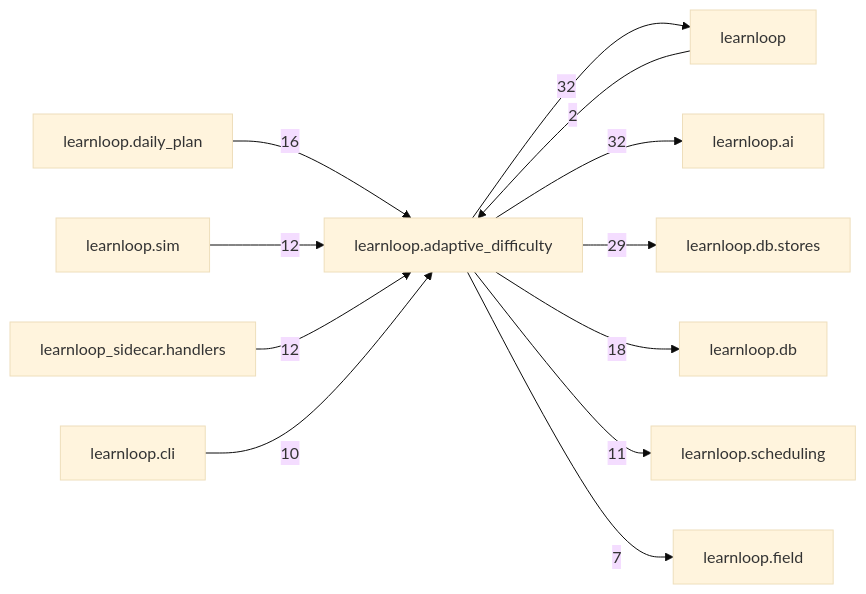
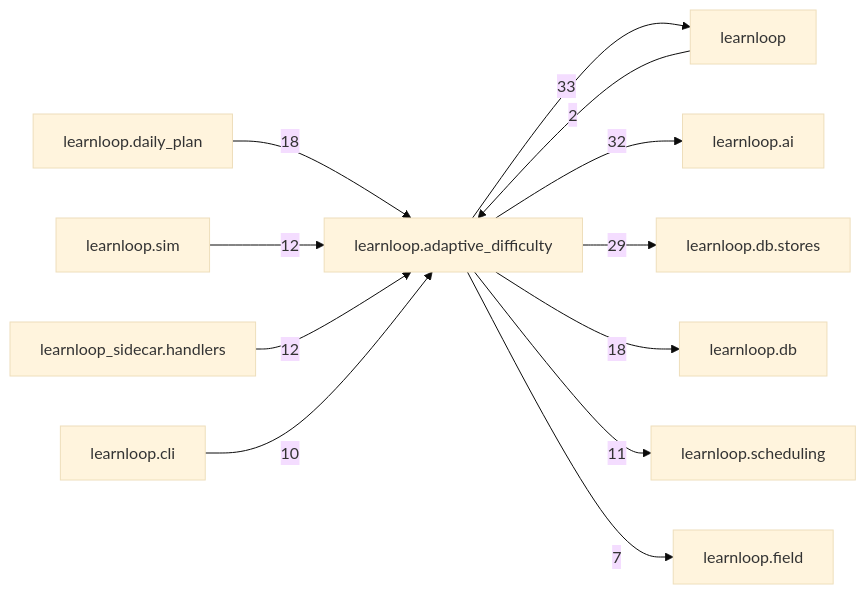
Before and after one commit to 6up-b/learnanything: the diagram in docs/learnloop-architecture-vault/Reference/Modules/learnloop/adaptive_difficulty/_package.md, drawn with Mermaid (base theme). The commit also changed other lines of this file and 510 other files, not shown here.

````diff
--- a/docs/learnloop-architecture-vault/Reference/Modules/learnloop/adaptive_difficulty/_package.md
+++ b/docs/learnloop-architecture-vault/Reference/Modules/learnloop/adaptive_difficulty/_package.md
@@ -180,25 +180,25 @@
 ```mermaid
 flowchart LR
     center["learnloop.adaptive_difficulty"]
     n_learnloop["learnloop"]
     n_learnloop_ai["learnloop.ai"]
     n_learnloop_db_stores["learnloop.db.stores"]
+    n_learnloop_daily_plan["learnloop.daily_plan"]
     n_learnloop_db["learnloop.db"]
-    n_learnloop_daily_plan["learnloop.daily_plan"]
     n_learnloop_sim["learnloop.sim"]
     n_learnloop_sidecar_handlers["learnloop_sidecar.handlers"]
     n_learnloop_scheduling["learnloop.scheduling"]
     n_learnloop_cli["learnloop.cli"]
     n_learnloop_field["learnloop.field"]
     n_learnloop -->|2| center
-    center -->|32| n_learnloop
+    center -->|33| n_learnloop
     center -->|32| n_learnloop_ai
     center -->|29| n_learnloop_db_stores
+    n_learnloop_daily_plan -->|18| center
     center -->|18| n_learnloop_db
-    n_learnloop_daily_plan -->|16| center
     n_learnloop_sim -->|12| center
     n_learnloop_sidecar_handlers -->|12| center
     center -->|11| n_learnloop_scheduling
     n_learnloop_cli -->|10| center
     center -->|7| n_learnloop_field
 ```
````
